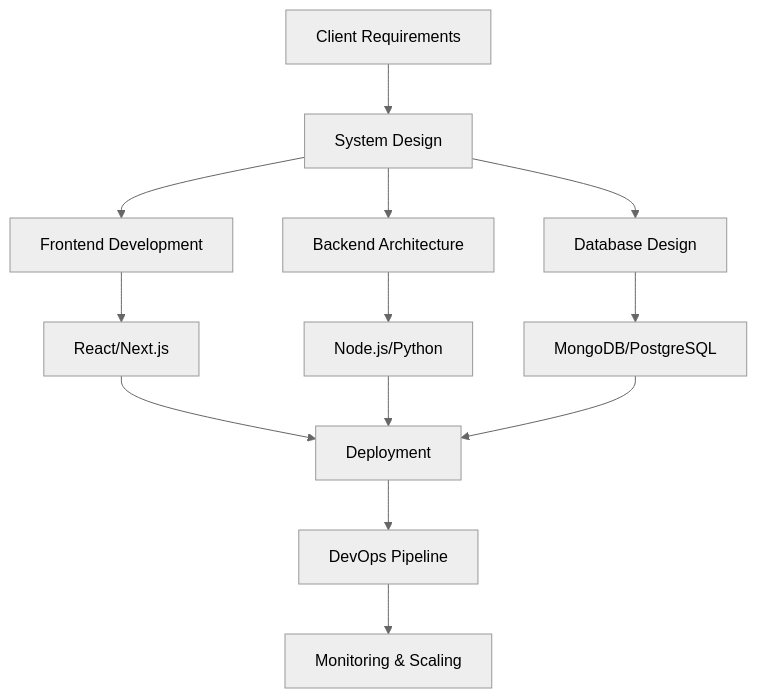
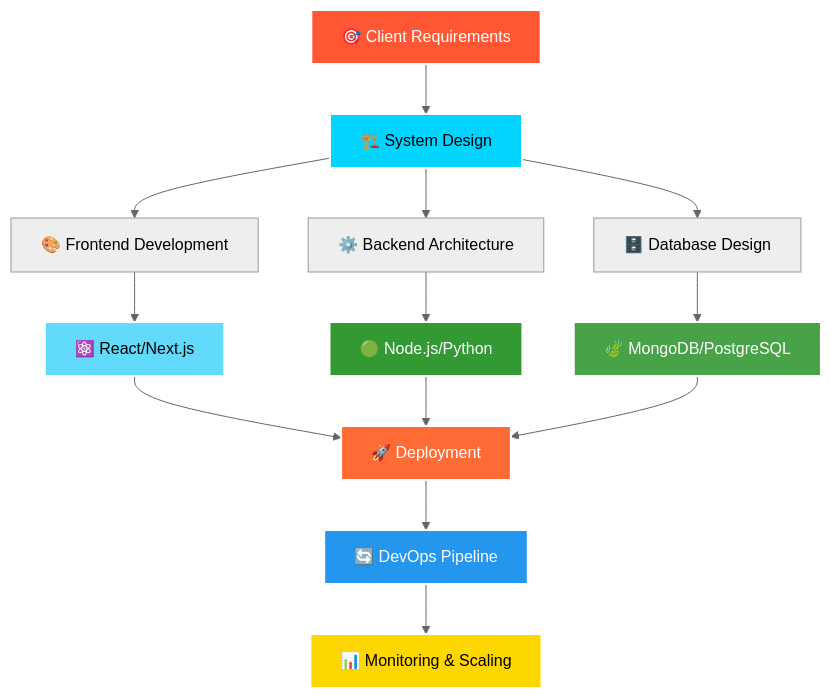
Before and after one commit to ompandey07/ompandey07: the diagram in README.md, drawn with Mermaid (neutral theme). The commit also changed other lines of this file, not shown here.

````diff
--- a/README.md
+++ b/README.md
@@ -99,15 +131,24 @@
 ```mermaid
 graph TD
-    A[Client Requirements] --> B[System Design]
-    B --> C[Frontend Development]
-    B --> D[Backend Architecture]
-    B --> E[Database Design]
-    C --> F[React/Next.js]
-    D --> G[Node.js/Python]
-    E --> H[MongoDB/PostgreSQL]
-    F --> I[Deployment]
+    A[🎯 Client Requirements] --> B[🏗️ System Design]
+    B --> C[🎨 Frontend Development]
+    B --> D[⚙️ Backend Architecture]
+    B --> E[🗄️ Database Design]
+    C --> F[⚛️ React/Next.js]
+    D --> G[🟢 Node.js/Python]
+    E --> H[🍃 MongoDB/PostgreSQL]
+    F --> I[🚀 Deployment]
     G --> I
     H --> I
-    I --> J[DevOps Pipeline]
-    J --> K[Monitoring & Scaling]
+    I --> J[🔄 DevOps Pipeline]
+    J --> K[📊 Monitoring & Scaling]
+    
+    style A fill:#FF5733,stroke:#fff,stroke-width:2px,color:#fff
+    style B fill:#00D4FF,stroke:#fff,stroke-width:2px,color:#000
+    style F fill:#61DAFB,stroke:#fff,stroke-width:2px,color:#000
+    style G fill:#339933,stroke:#fff,stroke-width:2px,color:#fff
+    style H fill:#47A248,stroke:#fff,stroke-width:2px,color:#fff
+    style I fill:#FF6B35,stroke:#fff,stroke-width:2px,color:#fff
+    style J fill:#2496ED,stroke:#fff,stroke-width:2px,color:#fff
+    style K fill:#FFD700,stroke:#fff,stroke-width:2px,color:#000
 ```
````
